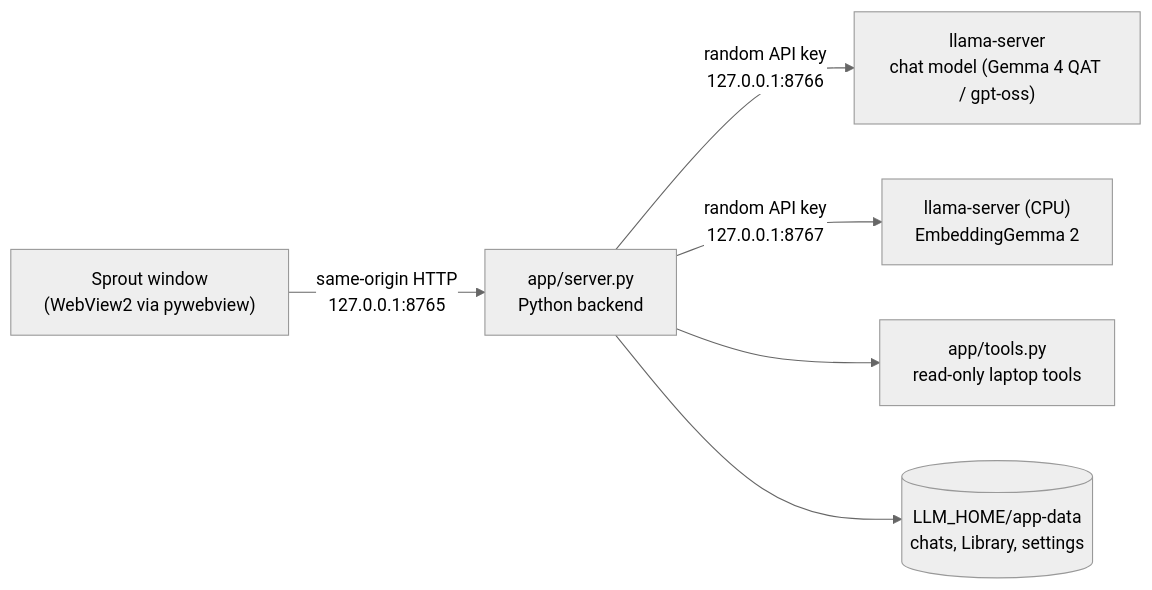
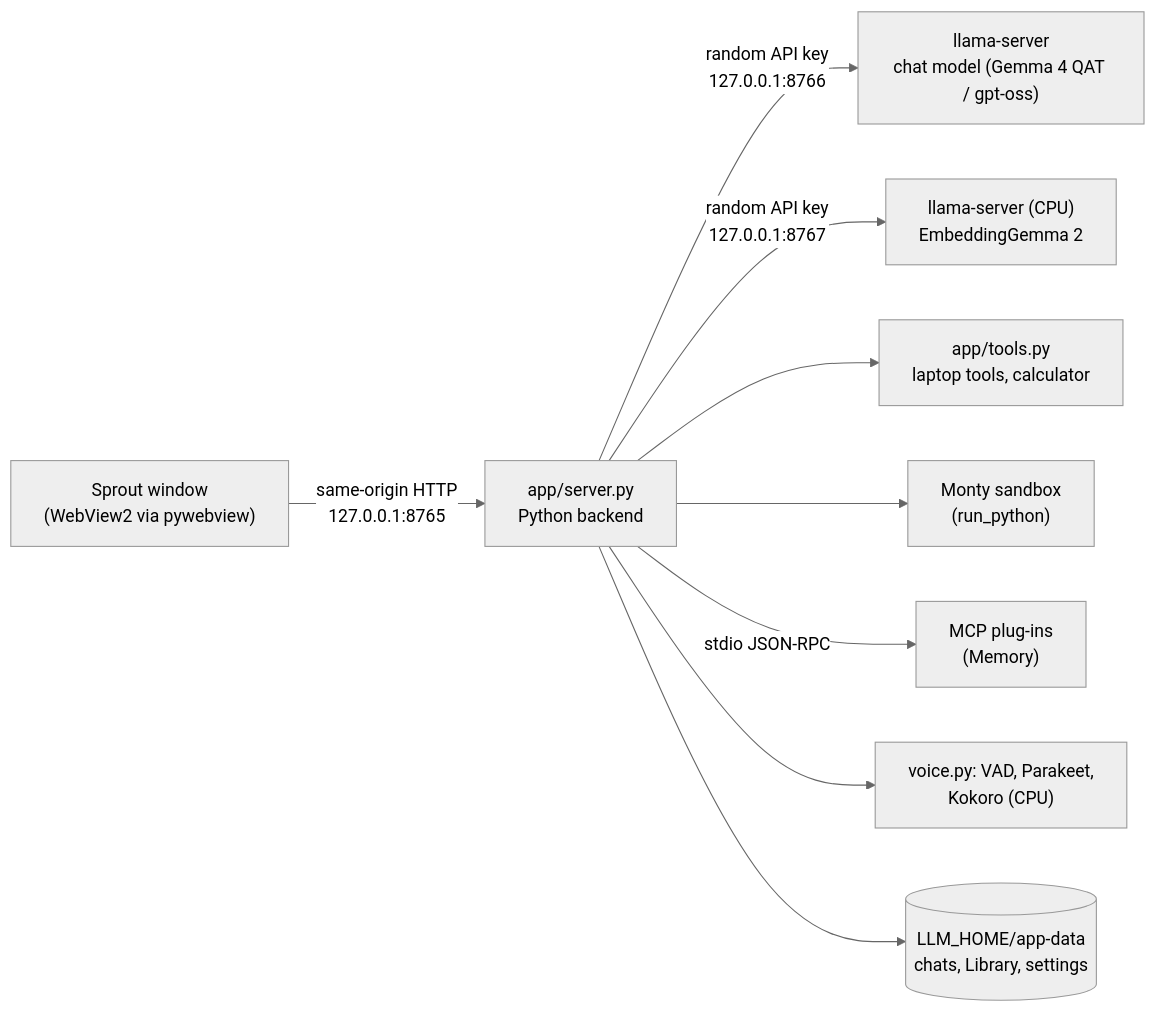
Before and after one commit to hrithik-sp/SIA-big-llm-on-6gb-laptop: the diagram in docs/SPROUT.md, drawn with Mermaid (neutral theme). The commit also changed other lines of this file and 29 other files, not shown here.

````diff
--- a/docs/SPROUT.md
+++ b/docs/SPROUT.md
@@ -78,8 +120,11 @@
 ```mermaid
 flowchart LR
   W["Sprout window<br/>(WebView2 via pywebview)"] -->|"same-origin HTTP<br/>127.0.0.1:8765"| B["app/server.py<br/>Python backend"]
   B -->|"random API key<br/>127.0.0.1:8766"| C["llama-server<br/>chat model (Gemma 4 QAT / gpt-oss)"]
   B -->|"random API key<br/>127.0.0.1:8767"| E["llama-server (CPU)<br/>EmbeddingGemma 2"]
-  B --> T["app/tools.py<br/>read-only laptop tools"]
+  B --> T["app/tools.py<br/>laptop tools, calculator"]
+  B --> S["Monty sandbox<br/>(run_python)"]
+  B -->|"stdio JSON-RPC"| M["MCP plug-ins<br/>(Memory)"]
+  B --> VO["voice.py: VAD, Parakeet,<br/>Kokoro (CPU)"]
   B --> D[("LLM_HOME/app-data<br/>chats, Library, settings")]
 ```
````
